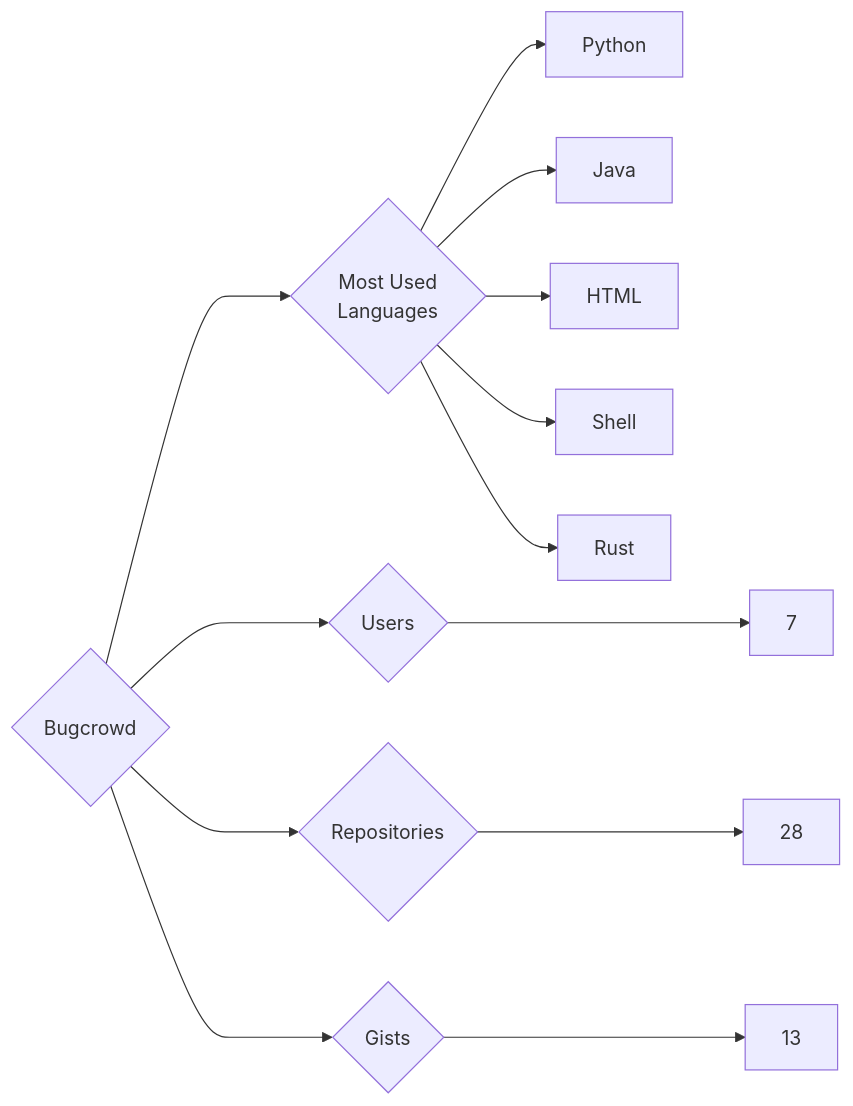
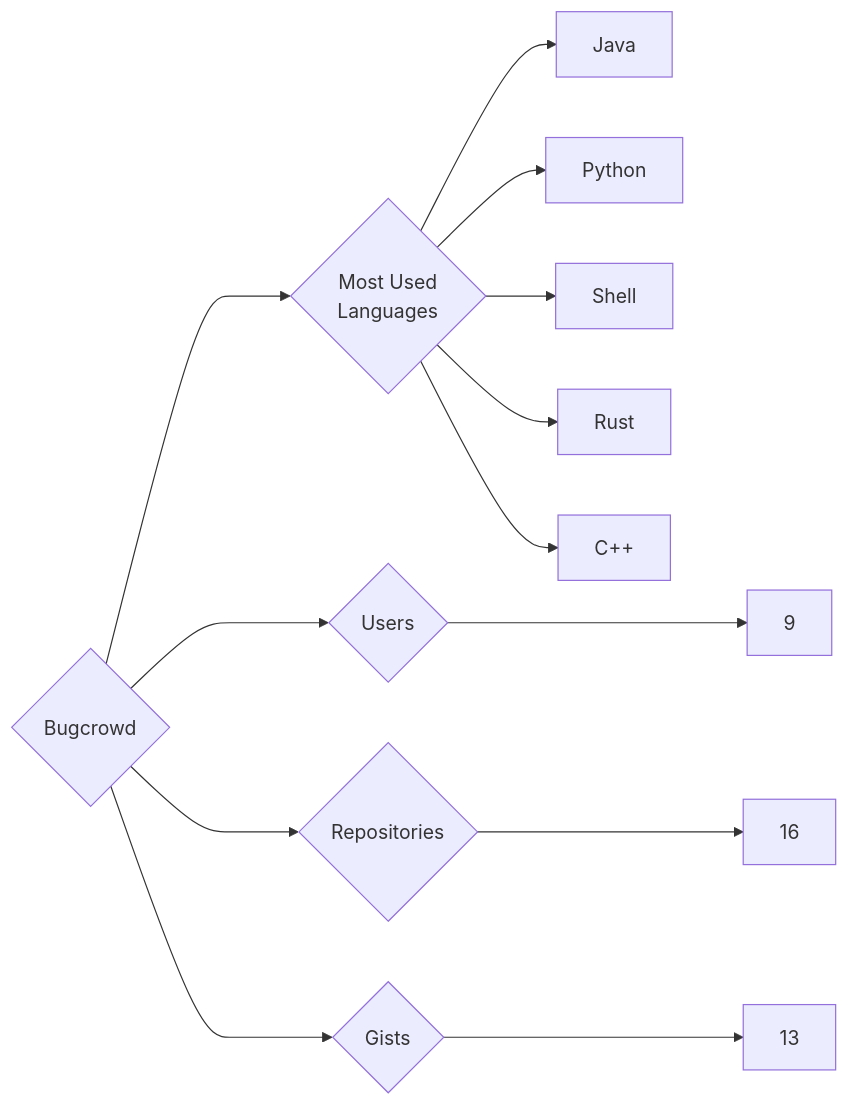
Before and after one commit to trickest/insiders: the diagram in targets/Bugcrowd/README.md, drawn with Mermaid. The commit also changed 1003 other files, not shown here.

````diff
--- a/targets/Bugcrowd/README.md
+++ b/targets/Bugcrowd/README.md
@@ -3,13 +3,13 @@
 ```mermaid
 graph LR
 COMPANY_NAME{Bugcrowd}
-COMPANY_NAME ---> U{Users} ---> UN[7]
-COMPANY_NAME ---> R{Repositories} ---> RN[28]
+COMPANY_NAME ---> U{Users} ---> UN[9]
+COMPANY_NAME ---> R{Repositories} ---> RN[16]
 COMPANY_NAME ---> G{Gists} ---> GN[13]
 COMPANY_NAME ---> ML{Most Used<br>Languages}
+ML --> Java[Java]
 ML --> Python[Python]
-ML --> Java[Java]
-ML --> HTML[HTML]
 ML --> Shell[Shell]
 ML --> Rust[Rust]
+ML --> C++[C++]
 ```
````
